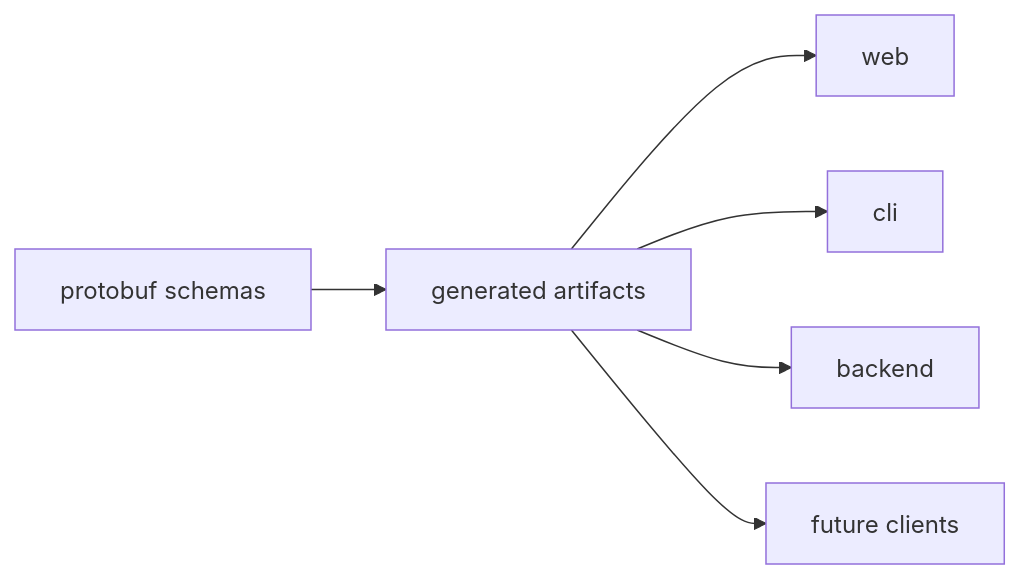
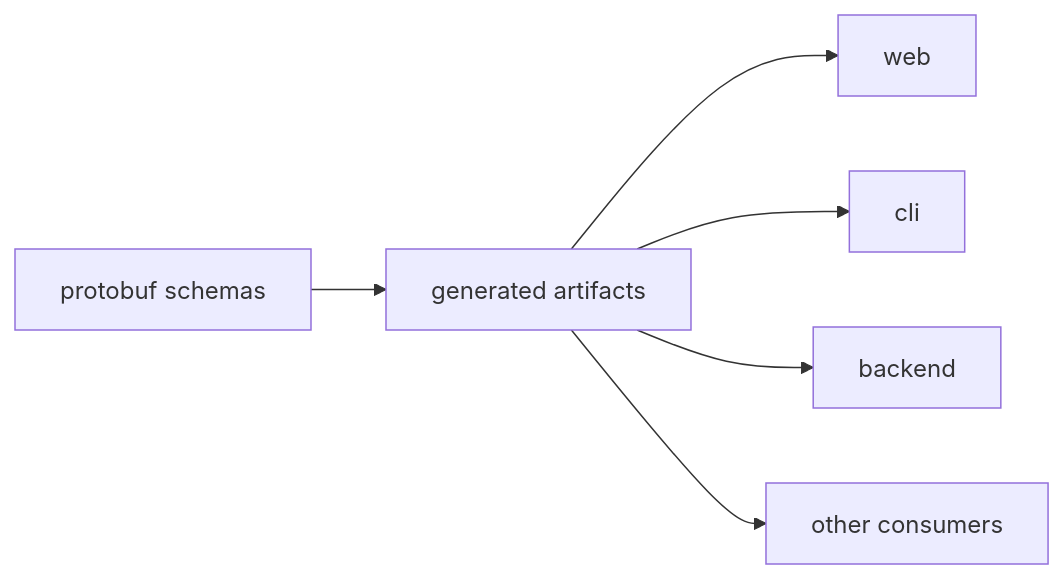
Before and after one commit to chill-institute/chill-contracts: the first of 2 diagrams in docs/ARCHITECTURE.md, drawn with Mermaid. The commit also changed other lines of this file and 2 other files, not shown here.

````diff
--- a/docs/ARCHITECTURE.md
+++ b/docs/ARCHITECTURE.md
@@ -7,8 +7,8 @@
 ```mermaid
 graph LR
   Proto["protobuf schemas"] --> Generated["generated artifacts"]
   Generated --> Web["web"]
   Generated --> CLI["cli"]
   Generated --> Backend["backend"]
-  Generated --> Future["future clients"]
+  Generated --> Consumers["other consumers"]
 ```
````
